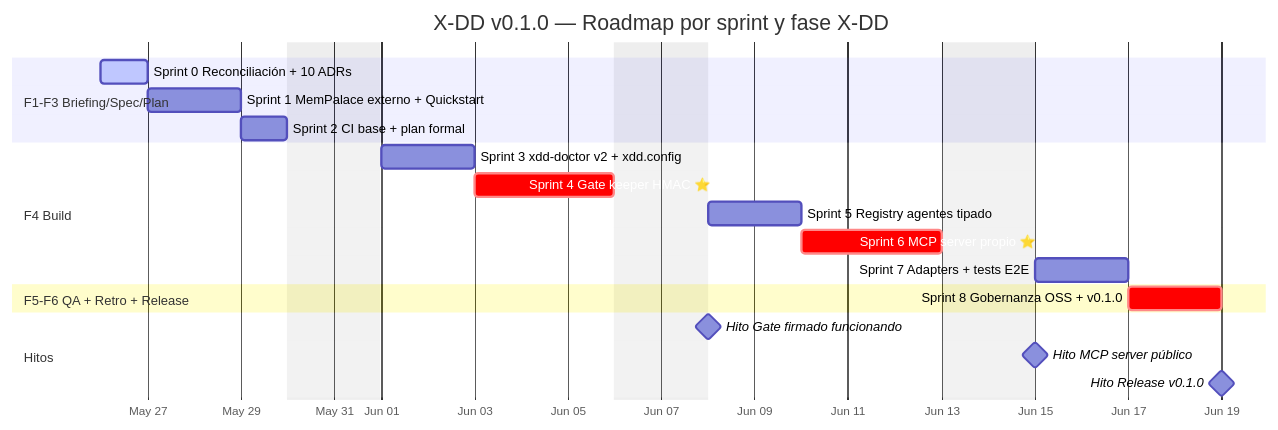
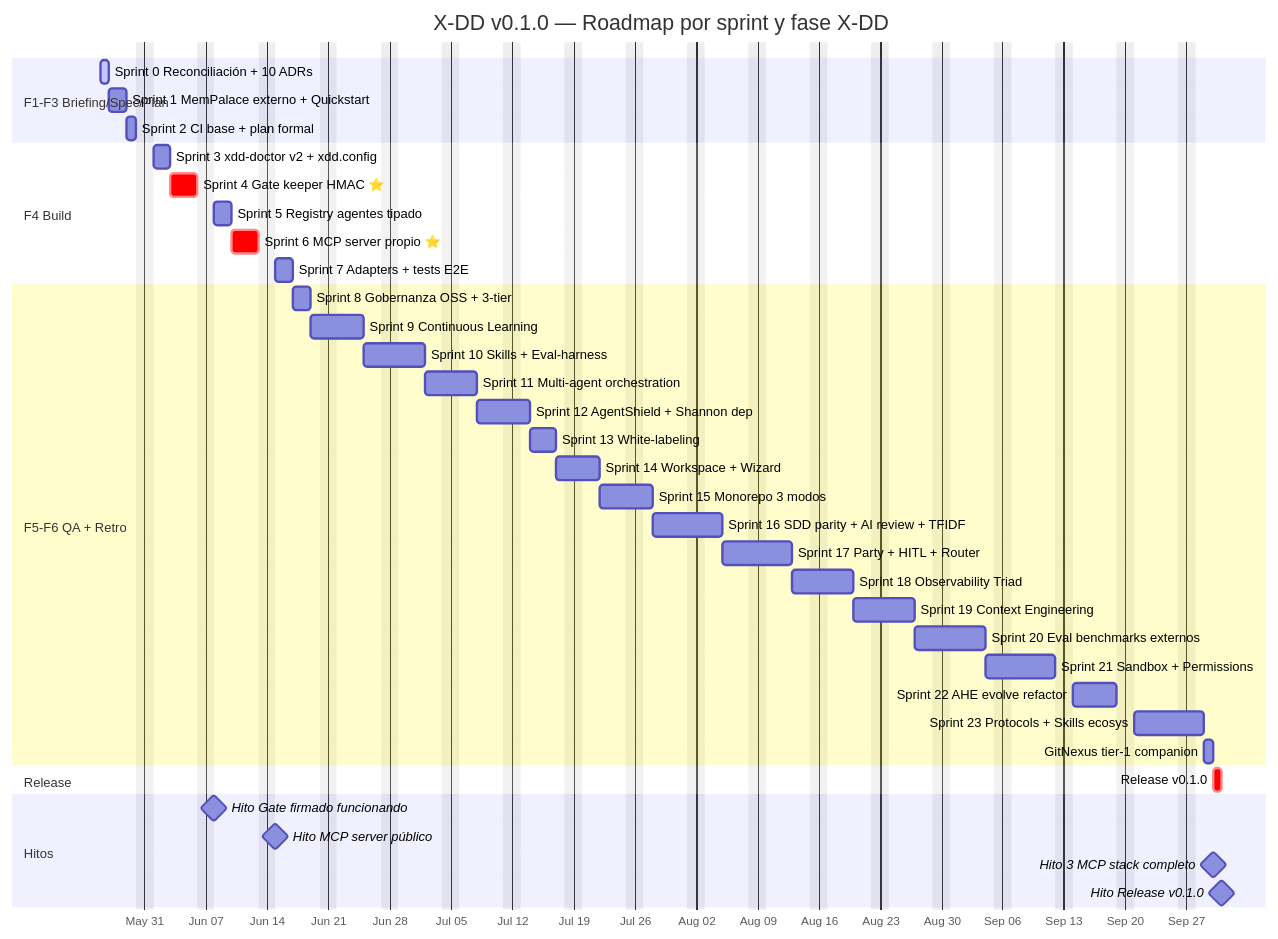
Before and after one commit to Cucholambr3ta/x-dd: the first of 2 diagrams in PROJ-MASTER-PLAN.md, drawn with Mermaid. The commit also changed other lines of this file and 11 other files, not shown here.

First line of the commit message:
docs(sync): post-S14-23 + GitNexus tier-1 — 12 files macro actualizados

````diff
--- a/PROJ-MASTER-PLAN.md
+++ b/PROJ-MASTER-PLAN.md
@@ -18,27 +18,47 @@
 ```mermaid
 gantt
     title X-DD v0.1.0 — Roadmap por sprint y fase X-DD
     dateFormat  YYYY-MM-DD
     axisFormat  %b %d
     excludes    weekends
 
     section F1-F3 Briefing/Spec/Plan
     Sprint 0 Reconciliación + 10 ADRs    :active, s0, 2026-05-26, 1d
     Sprint 1 MemPalace externo + Quickstart :s1, after s0, 2d
     Sprint 2 CI base + plan formal       :s2, after s1, 1d
 
     section F4 Build
     Sprint 3 xdd-doctor v2 + xdd.config  :s3, after s2, 2d
     Sprint 4 Gate keeper HMAC ⭐         :crit, s4, after s3, 3d
     Sprint 5 Registry agentes tipado     :s5, after s4, 2d
     Sprint 6 MCP server propio ⭐        :crit, s6, after s5, 3d
     Sprint 7 Adapters + tests E2E        :s7, after s6, 2d
 
-    section F5-F6 QA + Retro + Release
-    Sprint 8 Gobernanza OSS + v0.1.0     :crit, s8, after s7, 2d
+    section F5-F6 QA + Retro
+    Sprint 8 Gobernanza OSS + 3-tier     :s8, after s7, 2d
+    Sprint 9 Continuous Learning         :s9, after s8, 4d
+    Sprint 10 Skills + Eval-harness      :s10, after s9, 5d
+    Sprint 11 Multi-agent orchestration  :s11, after s10, 4d
+    Sprint 12 AgentShield + Shannon dep  :s12, after s11, 4d
+    Sprint 13 White-labeling             :s13, after s12, 3d
+    Sprint 14 Workspace + Wizard         :s14, after s13, 3d
+    Sprint 15 Monorepo 3 modos           :s15, after s14, 4d
+    Sprint 16 SDD parity + AI review + TFIDF :s16, after s15, 6d
+    Sprint 17 Party + HITL + Router      :s17, after s16, 6d
+    Sprint 18 Observability Triad        :s18, after s17, 5d
+    Sprint 19 Context Engineering        :s19, after s18, 5d
+    Sprint 20 Eval benchmarks externos   :s20, after s19, 6d
+    Sprint 21 Sandbox + Permissions      :s21, after s20, 6d
+    Sprint 22 AHE evolve refactor        :s22, after s21, 5d
+    Sprint 23 Protocols + Skills ecosys  :s23, after s22, 6d
+    GitNexus tier-1 companion            :gn, after s23, 1d
+
+    section Release
+    Release v0.1.0                       :crit, rel, after gn, 1d
 
     section Hitos
     Hito Gate firmado funcionando        :milestone, after s4, 0d
     Hito MCP server público              :milestone, after s6, 0d
-    Hito Release v0.1.0                  :milestone, after s8, 0d
+    Hito 3 MCP stack completo            :milestone, after gn, 0d
+    Hito Release v0.1.0                  :milestone, after rel, 0d
 ```
````
